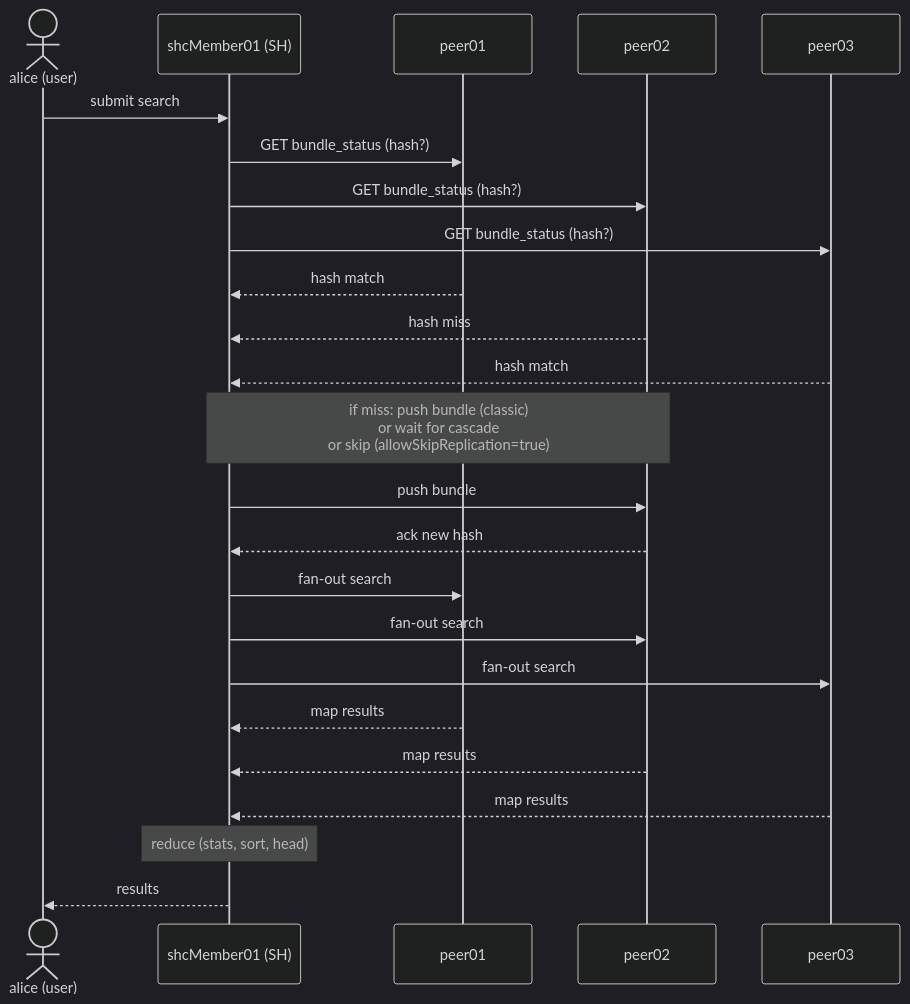
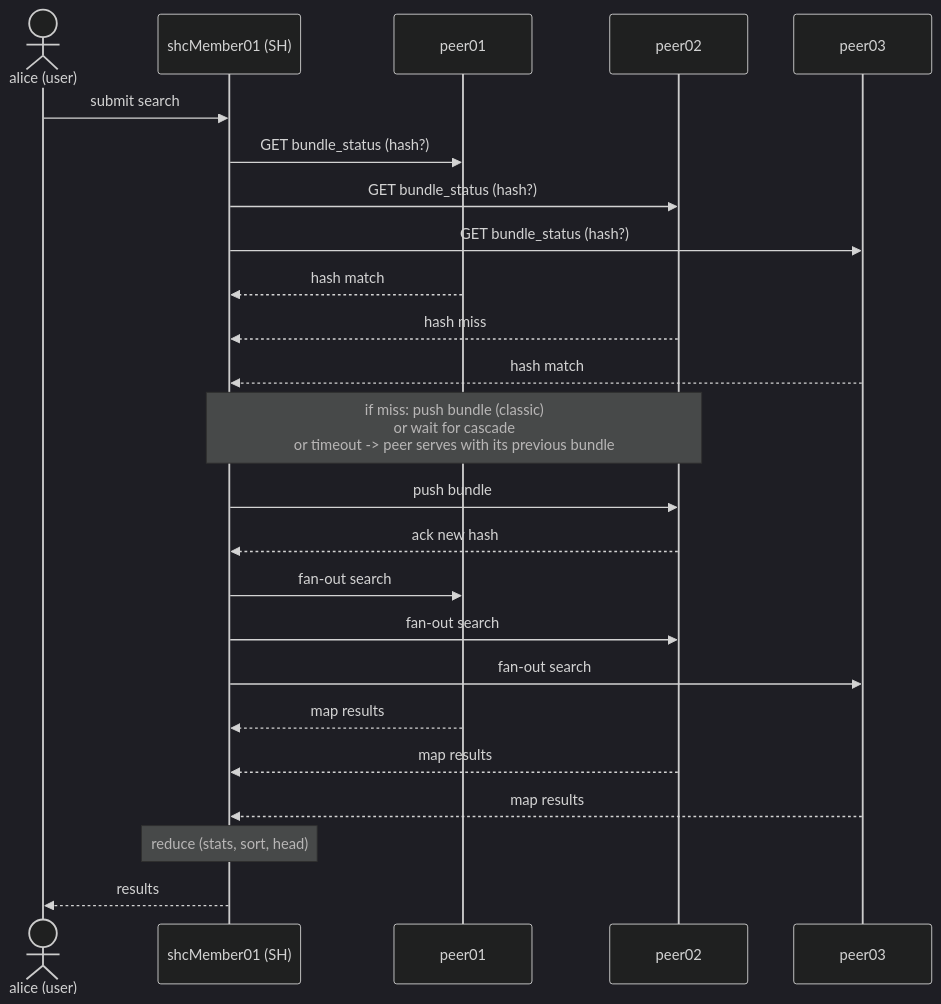
Before and after one commit to rafiki31130/knowledge_base: the diagram in handbooks/splunk-shc-knowledge-bundle/EN/04-distributed-search-sequence.md, drawn with Mermaid (dark theme). The commit also changed other lines of this file and 4 other files, not shown here.

Commit message:
fix(handbook): remove allowSkipReplication invention (EN chap 02/03/04/05/99)

````diff
--- a/handbooks/splunk-shc-knowledge-bundle/EN/04-distributed-search-sequence.md
+++ b/handbooks/splunk-shc-knowledge-bundle/EN/04-distributed-search-sequence.md
@@ -48,27 +48,27 @@
 ```mermaid
 sequenceDiagram
     actor U as alice (user)
     participant SH as shcMember01 (SH)
     participant P1 as peer01
     participant P2 as peer02
     participant P3 as peer03
 
     U->>SH: submit search
     SH->>P1: GET bundle_status (hash?)
     SH->>P2: GET bundle_status (hash?)
     SH->>P3: GET bundle_status (hash?)
     P1-->>SH: hash match
     P2-->>SH: hash miss
     P3-->>SH: hash match
-    Note over SH,P2: if miss: push bundle (classic)<br/>or wait for cascade<br/>or skip (allowSkipReplication=true)
+    Note over SH,P2: if miss: push bundle (classic)<br/>or wait for cascade<br/>or timeout -> peer serves with its previous bundle
     SH->>P2: push bundle
     P2-->>SH: ack new hash
     SH->>P1: fan-out search
     SH->>P2: fan-out search
     SH->>P3: fan-out search
     P1-->>SH: map results
     P2-->>SH: map results
     P3-->>SH: map results
     Note over SH: reduce (stats, sort, head)
     SH-->>U: results
 ```
````
